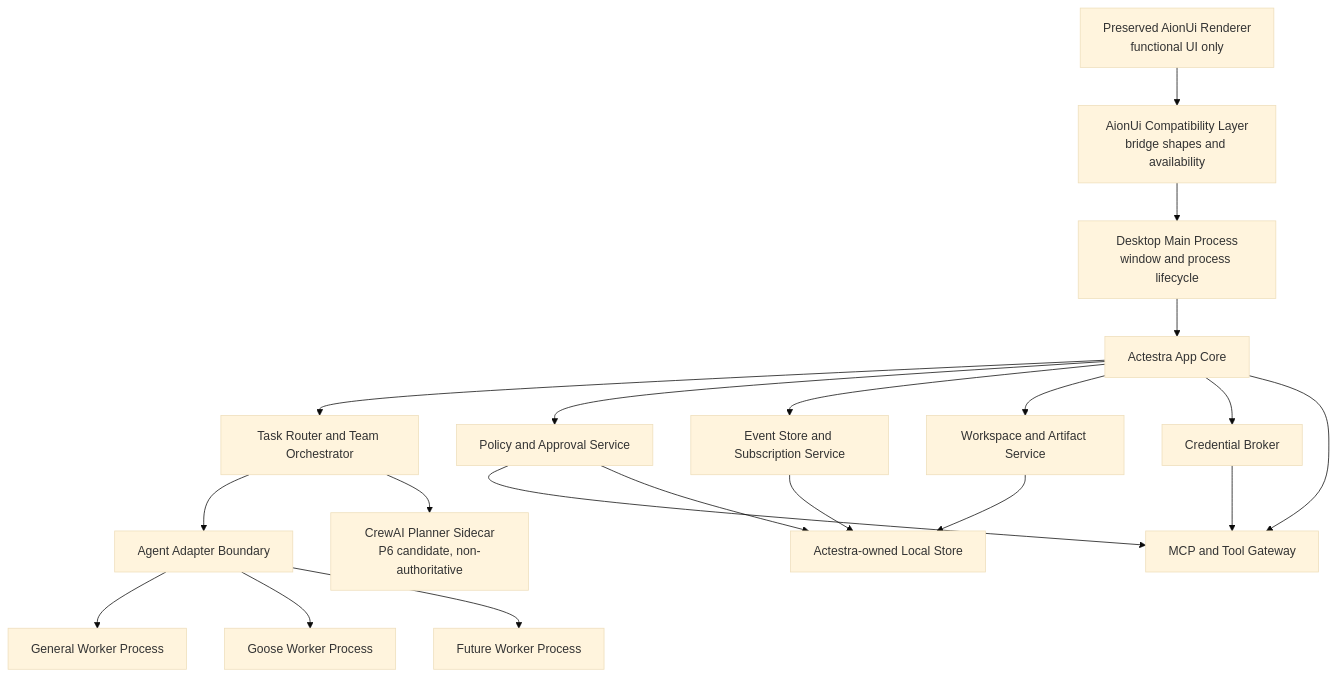
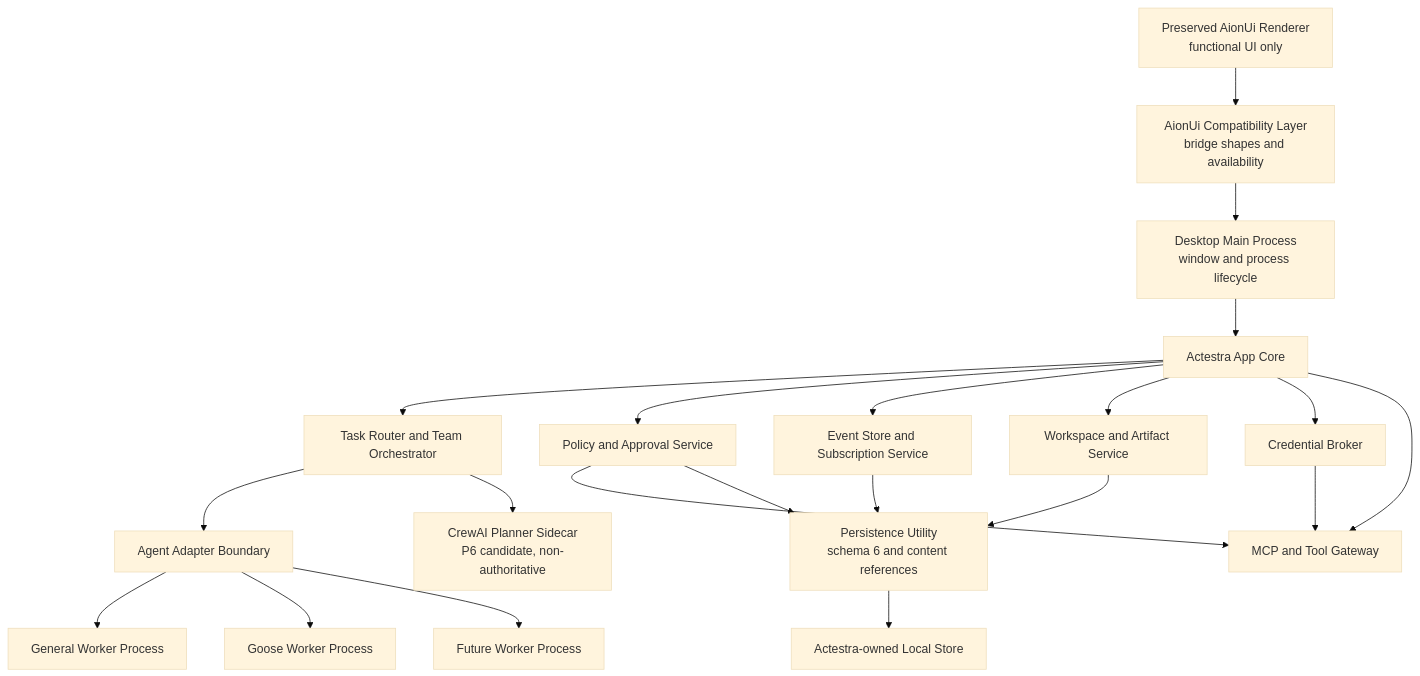
The diagram in docs/architecture/SYSTEM_OVERVIEW.md (Ablankpaper/actestra-desktop), drawn with Mermaid (base theme) before and after one commit. The commit also changed other lines of this file and 49 other files, not shown here.

Commit message:
feat(aionui): isolate persistence utility (#10)

````diff
--- a/docs/architecture/SYSTEM_OVERVIEW.md
+++ b/docs/architecture/SYSTEM_OVERVIEW.md
@@ -14,39 +15,41 @@
 ```mermaid
 flowchart TD
     RENDERER["Preserved AionUi Renderer\nfunctional UI only"]
     COMPAT["AionUi Compatibility Layer\nbridge shapes and availability"]
     MAIN["Desktop Main Process\nwindow and process lifecycle"]
     CORE["Actestra App Core"]
     ROUTER["Task Router and Team Orchestrator"]
     PLANNER["CrewAI Planner Sidecar\nP6 candidate, non-authoritative"]
     POLICY["Policy and Approval Service"]
     EVENTS["Event Store and Subscription Service"]
     ARTIFACTS["Workspace and Artifact Service"]
     CREDS["Credential Broker"]
     TOOLS["MCP and Tool Gateway"]
+    PERSIST["Persistence Utility\nschema 6 and content references"]
     ADAPTERS["Agent Adapter Boundary"]
     GENERAL["General Worker Process"]
     GOOSE["Goose Worker Process"]
     FUTURE["Future Worker Process"]
     STORE["Actestra-owned Local Store"]
 
     RENDERER --> COMPAT
     COMPAT --> MAIN
     MAIN --> CORE
     CORE --> ROUTER
     CORE --> POLICY
     CORE --> EVENTS
     CORE --> ARTIFACTS
     CORE --> CREDS
     CORE --> TOOLS
     ROUTER --> ADAPTERS
     ROUTER --> PLANNER
     ADAPTERS --> GENERAL
     ADAPTERS --> GOOSE
     ADAPTERS --> FUTURE
     POLICY --> TOOLS
     CREDS --> TOOLS
-    EVENTS --> STORE
-    ARTIFACTS --> STORE
-    POLICY --> STORE
+    EVENTS --> PERSIST
+    ARTIFACTS --> PERSIST
+    POLICY --> PERSIST
+    PERSIST --> STORE
 ```
````
